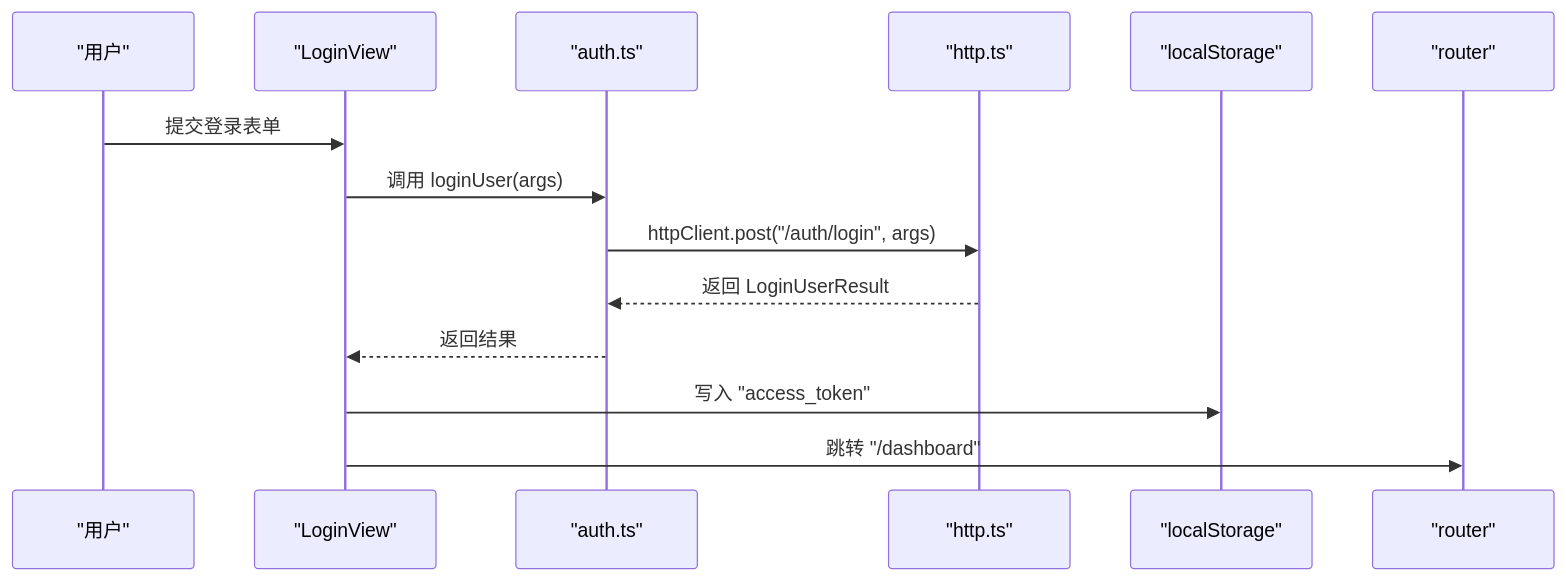
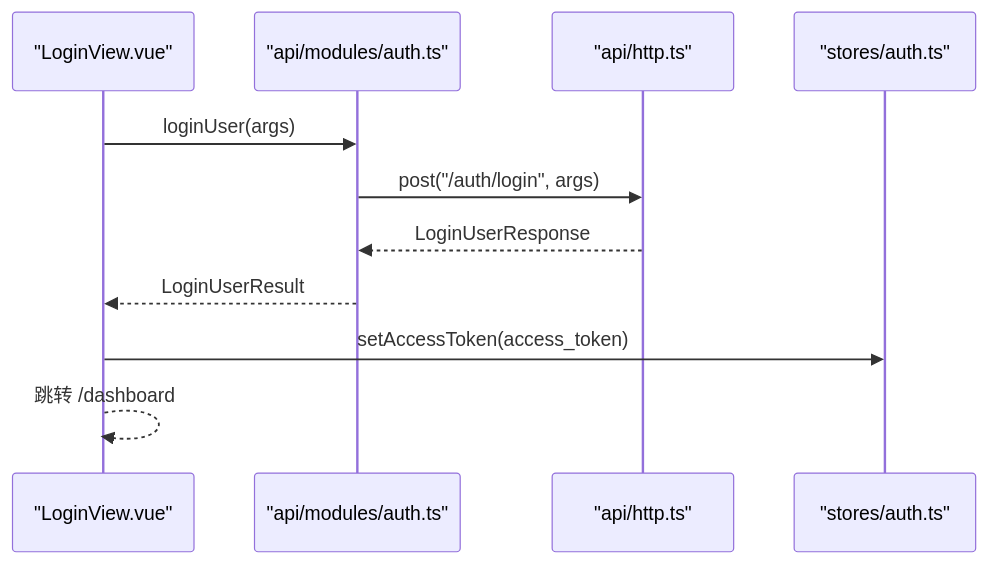
The eighth of 11 diagrams in .qoder/repowiki/zh/content/前端应用架构/前端应用架构.md (ATOMLubover/poprako), drawn with Mermaid before and after one commit. The commit also changed other lines of this file and 132 other files, not shown here.

````diff
--- a/.qoder/repowiki/zh/content/前端应用架构/前端应用架构.md
+++ b/.qoder/repowiki/zh/content/前端应用架构/前端应用架构.md
@@ -188,16 +289,13 @@
 ```mermaid
 sequenceDiagram
-participant U as "用户"
-participant LV as "LoginView"
-participant AU as "auth.ts"
-participant HC as "http.ts"
-participant LS as "localStorage"
-participant RT as "router"
-U->>LV : 提交登录表单
-LV->>AU : 调用 loginUser(args)
-AU->>HC : httpClient.post("/auth/login", args)
-HC-->>AU : 返回 LoginUserResult
-AU-->>LV : 返回结果
-LV->>LS : 写入 "access_token"
-LV->>RT : 跳转 "/dashboard"
+participant View as "LoginView.vue"
+participant AuthAPI as "api/modules/auth.ts"
+participant HTTP as "api/http.ts"
+participant Store as "stores/auth.ts"
+View->>AuthAPI : loginUser(args)
+AuthAPI->>HTTP : post("/auth/login", args)
+HTTP-->>AuthAPI : LoginUserResponse
+AuthAPI-->>View : LoginUserResult
+View->>Store : setAccessToken(access_token)
+View-->>View : 跳转 /dashboard
 ```
````
